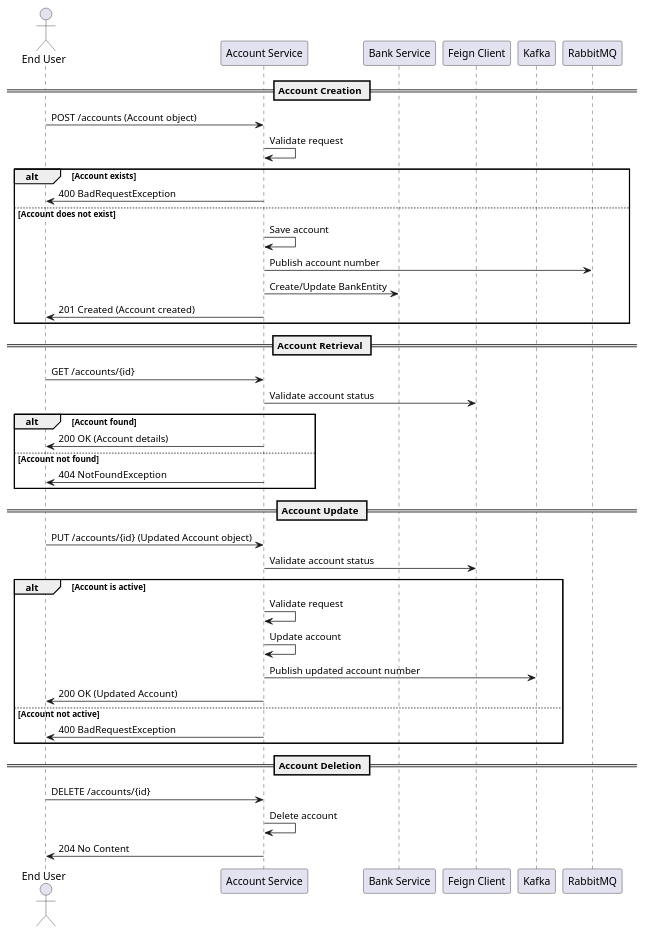
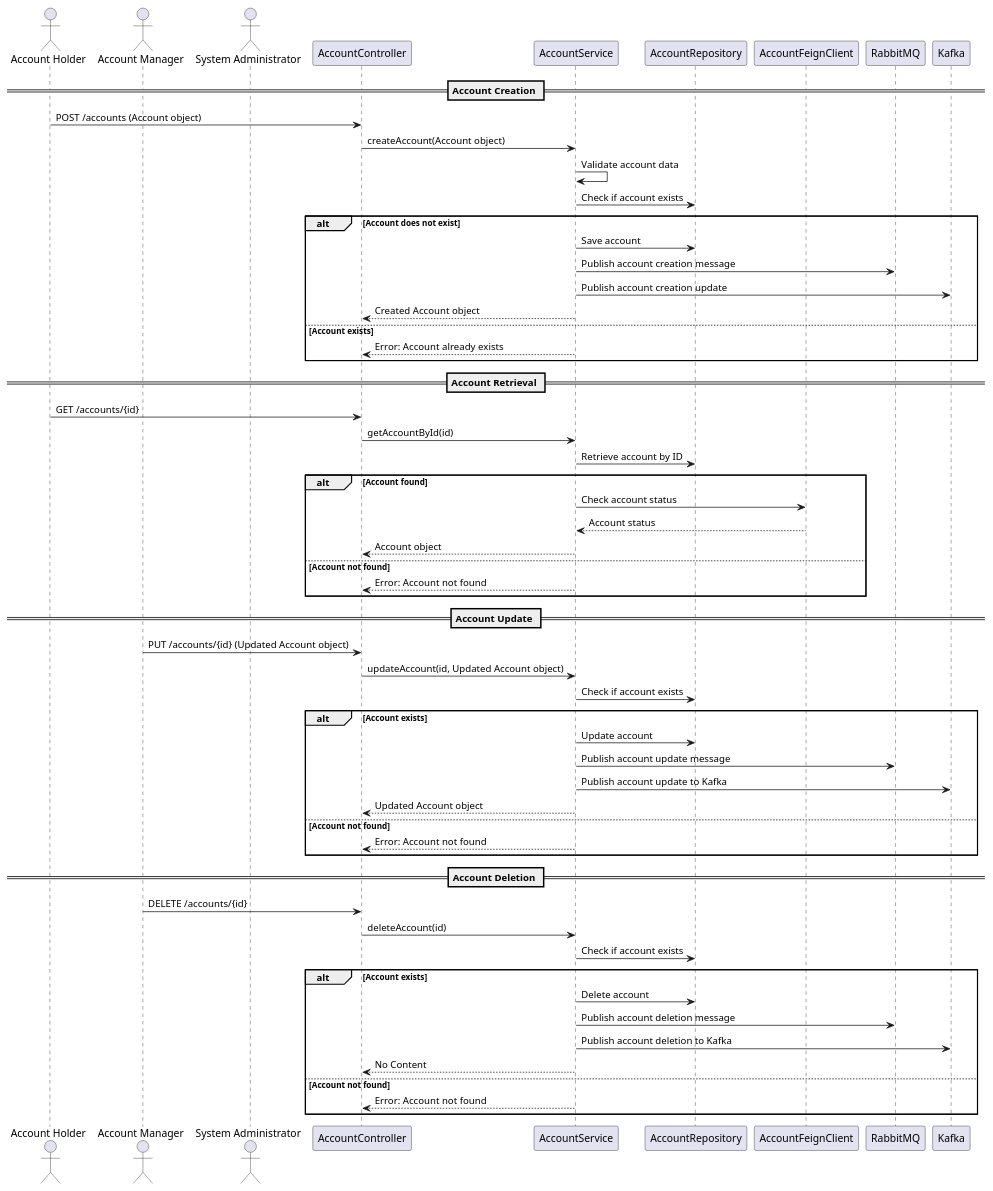
One commit to Bhaskar-Pavan/AccountService changed the diagram in design_document/Account_service.md. Above: the diagram before and after it, drawn with PlantUML. The commit also changed other lines of this file, not shown here.

````diff
--- a/design_document/Account_service.md
+++ b/design_document/Account_service.md
@@ -46,49 +35,66 @@
 ```plantuml
 @startuml
-actor "End User" as User
-participant "Account Service" as AccountService
-participant "Bank Service" as BankService
-participant "Feign Client" as FeignClient
-participant "Kafka" as Kafka
-participant "RabbitMQ" as RabbitMQ
+actor "Account Holder" as AH
+actor "Account Manager" as AM
+actor "System Administrator" as SA
+participant "AccountController" as AC
+participant "AccountService" as AS
+participant "AccountRepository" as AR
+participant "AccountFeignClient" as AFC
+participant "RabbitMQ" as RMQ
+participant "Kafka" as KAFKA
 
 == Account Creation ==
-User -> AccountService: POST /accounts (Account object)
-AccountService -> AccountService: Validate request
-alt Account exists
-    AccountService -> User: 400 BadRequestException
-else Account does not exist
-    AccountService -> AccountService: Save account
-    AccountService -> RabbitMQ: Publish account number
-    AccountService -> BankService: Create/Update BankEntity
-    AccountService -> User: 201 Created (Account created)
+AH -> AC : POST /accounts (Account object)
+AC -> AS : createAccount(Account object)
+AS -> AS : Validate account data
+AS -> AR : Check if account exists
+alt Account does not exist
+    AS -> AR : Save account
+    AS -> RMQ : Publish account creation message
+    AS -> KAFKA : Publish account creation update
+    AS --> AC : Created Account object
+else Account exists
+    AS --> AC : Error: Account already exists
 end
 
 == Account Retrieval ==
-User -> AccountService: GET /accounts/{id}
-AccountService -> FeignClient: Validate account status
+AH -> AC : GET /accounts/{id}
+AC -> AS : getAccountById(id)
+AS -> AR : Retrieve account by ID
 alt Account found
-    AccountService -> User: 200 OK (Account details)
+    AS -> AFC : Check account status
+    AFC --> AS : Account status
+    AS --> AC : Account object
 else Account not found
-    AccountService -> User: 404 NotFoundException
+    AS --> AC : Error: Account not found
 end
 
 == Account Update ==
-User -> AccountService: PUT /accounts/{id} (Updated Account object)
-AccountService -> FeignClient: Validate account status
-alt Account is active
-    AccountService -> AccountService: Validate request
-    AccountService -> AccountService: Update account
-    AccountService -> Kafka: Publish updated account number
-    AccountService -> User: 200 OK (Updated Account)
-else Account not active
-    AccountService -> User: 400 BadRequestException
+AM -> AC : PUT /accounts/{id} (Updated Account object)
+AC -> AS : updateAccount(id, Updated Account object)
+AS -> AR : Check if account exists
+alt Account exists
+    AS -> AR : Update account
+    AS -> RMQ : Publish account update message
+    AS -> KAFKA : Publish account update to Kafka
+    AS --> AC : Updated Account object
+else Account not found
+    AS --> AC : Error: Account not found
 end
 
 == Account Deletion ==
-User -> AccountService: DELETE /accounts/{id}
-AccountService -> AccountService: Delete account
-AccountService -> User: 204 No Content
+AM -> AC : DELETE /accounts/{id}
+AC -> AS : deleteAccount(id)
+AS -> AR : Check if account exists
+alt Account exists
+    AS -> AR : Delete account
+    AS -> RMQ : Publish account deletion message
+    AS -> KAFKA : Publish account deletion to Kafka
+    AS --> AC : No Content
+else Account not found
+    AS --> AC : Error: Account not found
+end
 
 @enduml
 ```
````
